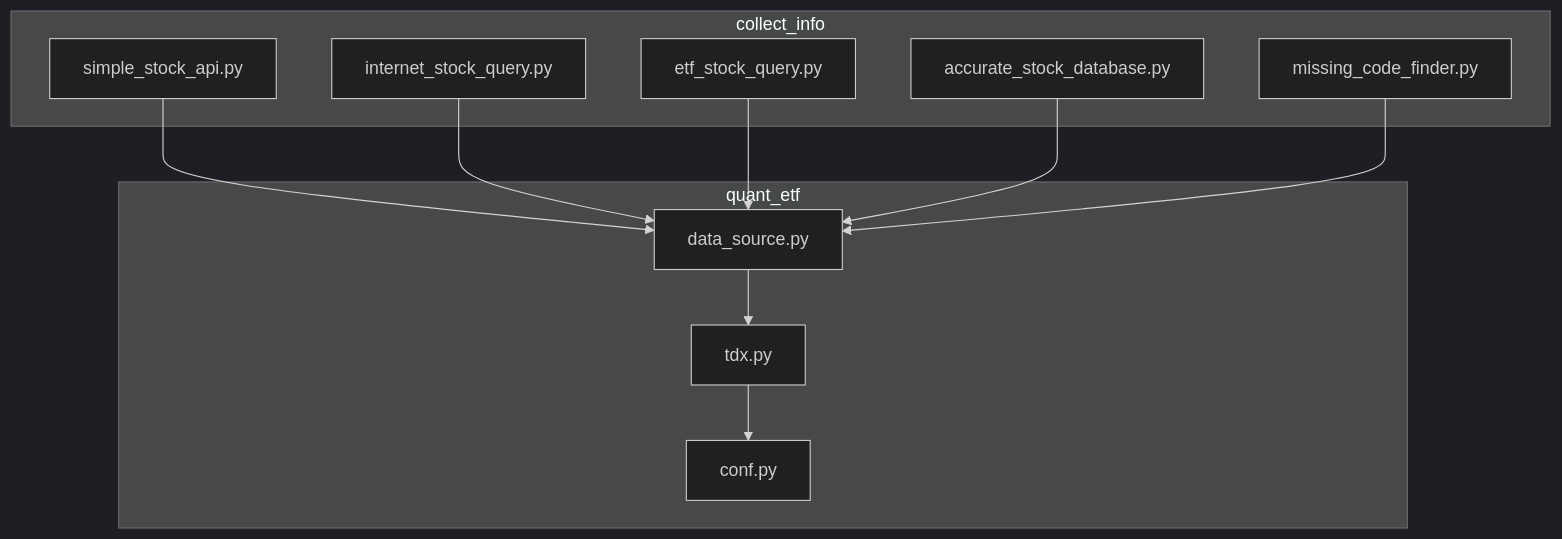
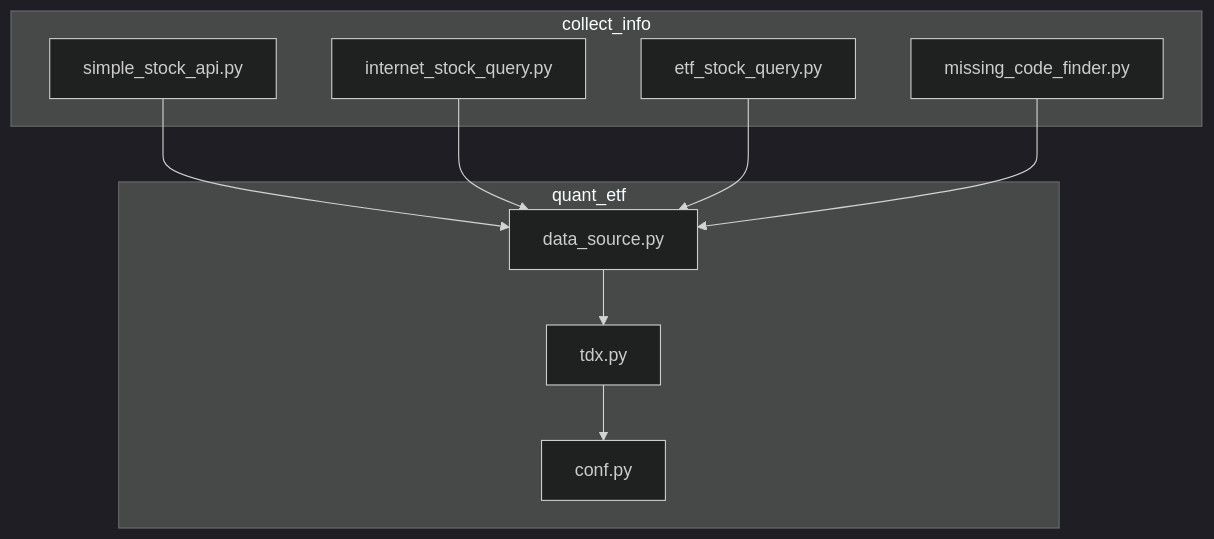
The first of 7 diagrams in .qoder/repowiki/zh/content/数据处理系统/在线数据获取.md (ldeng76/quant-ETF), drawn with Mermaid (dark theme) before and after one commit. The commit also changed other lines of this file and 11 other files, not shown here.

````diff
--- a/.qoder/repowiki/zh/content/数据处理系统/在线数据获取.md
+++ b/.qoder/repowiki/zh/content/数据处理系统/在线数据获取.md
@@ -43,22 +49,20 @@
 ```mermaid
 graph TB
 subgraph "collect_info"
 A["simple_stock_api.py"]
 B["internet_stock_query.py"]
 C["etf_stock_query.py"]
-D["accurate_stock_database.py"]
 E["missing_code_finder.py"]
 end
 subgraph "quant_etf"
 F["data_source.py"]
 G["tdx.py"]
 H["conf.py"]
 end
 A --> F
 B --> F
 C --> F
-D --> F
 E --> F
 F --> G
 G --> H
 ```
````
